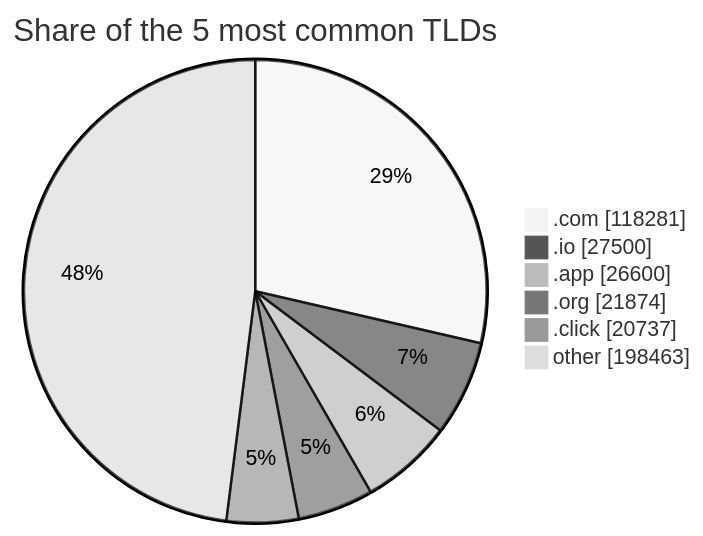
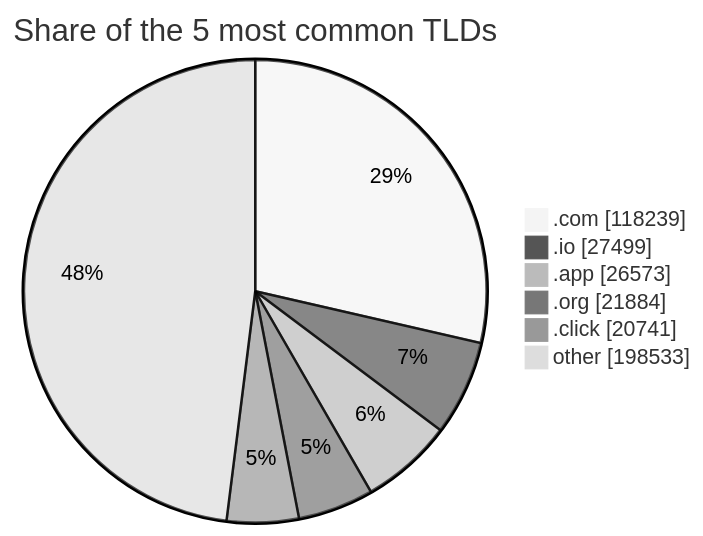
The third of 3 diagrams in README.md (DNSBunker/CTI), drawn with Mermaid (neutral theme) before and after one commit. The commit also changed other lines of this file and 3 other files, not shown here.

````diff
--- a/README.md
+++ b/README.md
@@ -81,9 +81,9 @@
 ```mermaid
 pie showData title Share of the 5 most common TLDs
-    ".com" : 118281
-    ".io" : 27500
-    ".app" : 26600
-    ".org" : 21874
-    ".click" : 20737
-    "other" : 198463
+    ".com" : 118239
+    ".io" : 27499
+    ".app" : 26573
+    ".org" : 21884
+    ".click" : 20741
+    "other" : 198533
 ```
````
